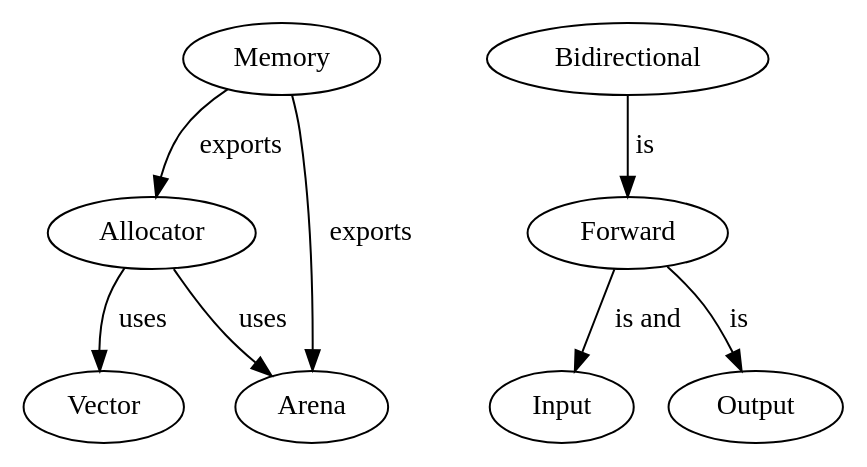
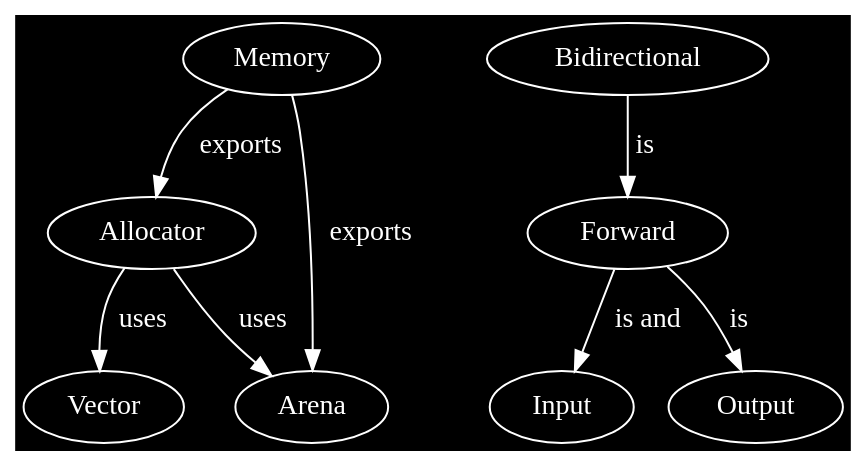
One commit to phiwen96/ph changed the second of 5 diagrams in README.md. Above: the diagram before and after it, drawn with Graphviz. The commit also changed other lines of this file and 4 other files, not shown here.

````diff
--- a/README.md
+++ b/README.md
@@ -81,11 +84,15 @@
 ```graphviz
 digraph finite_state_machine {
+	graph [bgcolor=black]
+	node [fillcolor=black style=filled color=white fontcolor=white]
+	edge [color=white fontcolor=white]
+	
 	Memory -> Allocator [ label = " exports"];
 	Memory -> Arena [ label = " exports"];
 	Allocator -> Arena [ label = " uses"];
 	Allocator -> Vector [ label = " uses"];
 	Bidirectional -> Forward [ label = " is"];
     Forward  -> Input  [ label = " is and" ];
 	Forward  -> Output  [ label = " is" ];
 }
 ```
````
